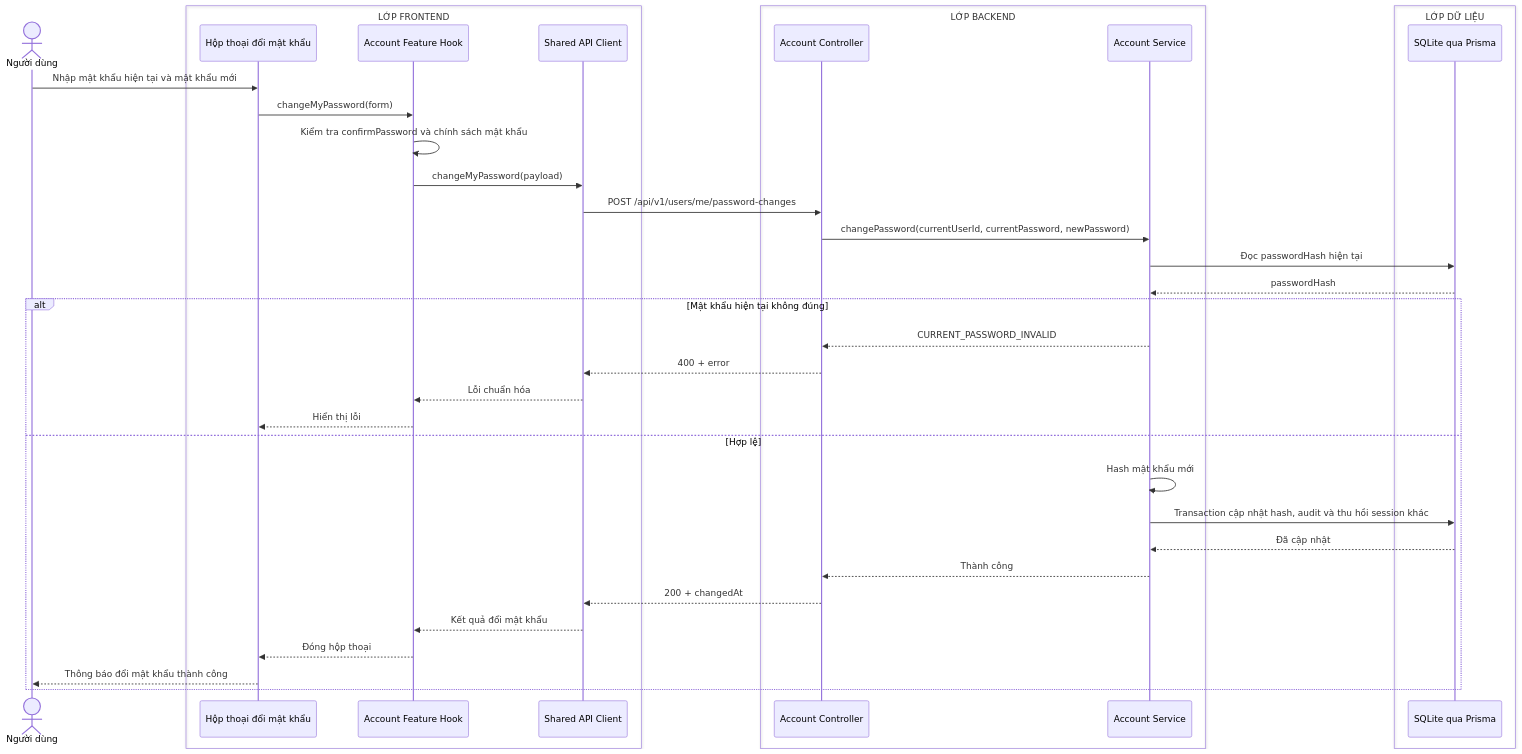
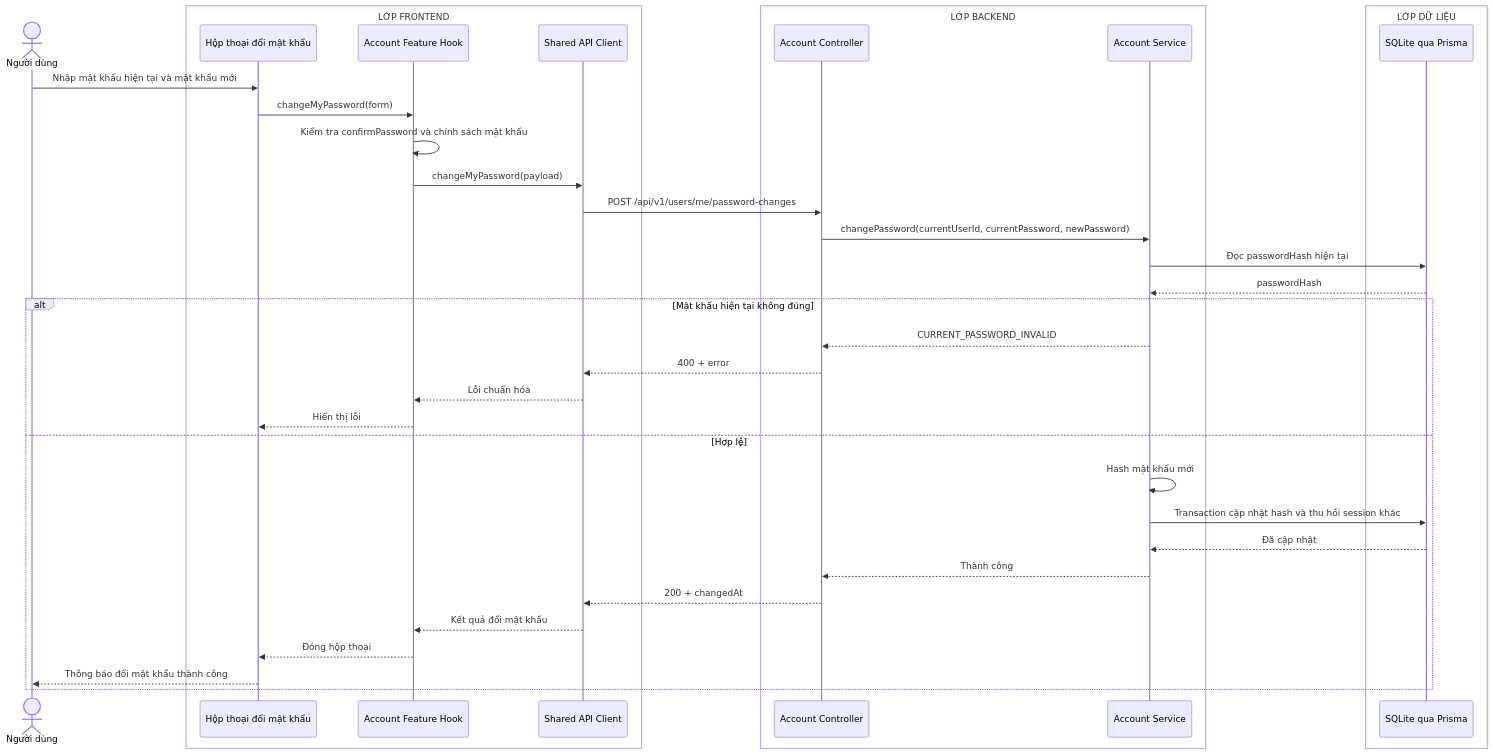
The first of 2 diagrams in docs/sequence-diagrams/05-doi-va-dat-lai-mat-khau.md (MINHDZVODICH/ctv-manage), drawn with Mermaid before and after one commit. The commit also changed other lines of this file and 89 other files, not shown here.

````diff
--- a/docs/sequence-diagrams/05-doi-va-dat-lai-mat-khau.md
+++ b/docs/sequence-diagrams/05-doi-va-dat-lai-mat-khau.md
@@ -7,41 +7,41 @@
 ```mermaid
 sequenceDiagram
     actor U as Người dùng
     box LỚP FRONTEND
         participant UI as Hộp thoại đổi mật khẩu
         participant H as Account Feature Hook
         participant API as Shared API Client
     end
     box LỚP BACKEND
         participant C as Account Controller
         participant S as Account Service
     end
     box LỚP DỮ LIỆU
         participant DB as SQLite qua Prisma
     end
 
     U->>UI: Nhập mật khẩu hiện tại và mật khẩu mới
     UI->>H: changeMyPassword(form)
     H->>H: Kiểm tra confirmPassword và chính sách mật khẩu
     H->>API: changeMyPassword(payload)
     API->>C: POST /api/v1/users/me/password-changes
     C->>S: changePassword(currentUserId, currentPassword, newPassword)
     S->>DB: Đọc passwordHash hiện tại
     DB-->>S: passwordHash
 
     alt Mật khẩu hiện tại không đúng
         S-->>C: CURRENT_PASSWORD_INVALID
         C-->>API: 400 + error
         API-->>H: Lỗi chuẩn hóa
         H-->>UI: Hiển thị lỗi
     else Hợp lệ
         S->>S: Hash mật khẩu mới
-        S->>DB: Transaction cập nhật hash, audit và thu hồi session khác
+        S->>DB: Transaction cập nhật hash và thu hồi session khác
         DB-->>S: Đã cập nhật
         S-->>C: Thành công
         C-->>API: 200 + changedAt
         API-->>H: Kết quả đổi mật khẩu
         H-->>UI: Đóng hộp thoại
         UI-->>U: Thông báo đổi mật khẩu thành công
     end
 ```
````
